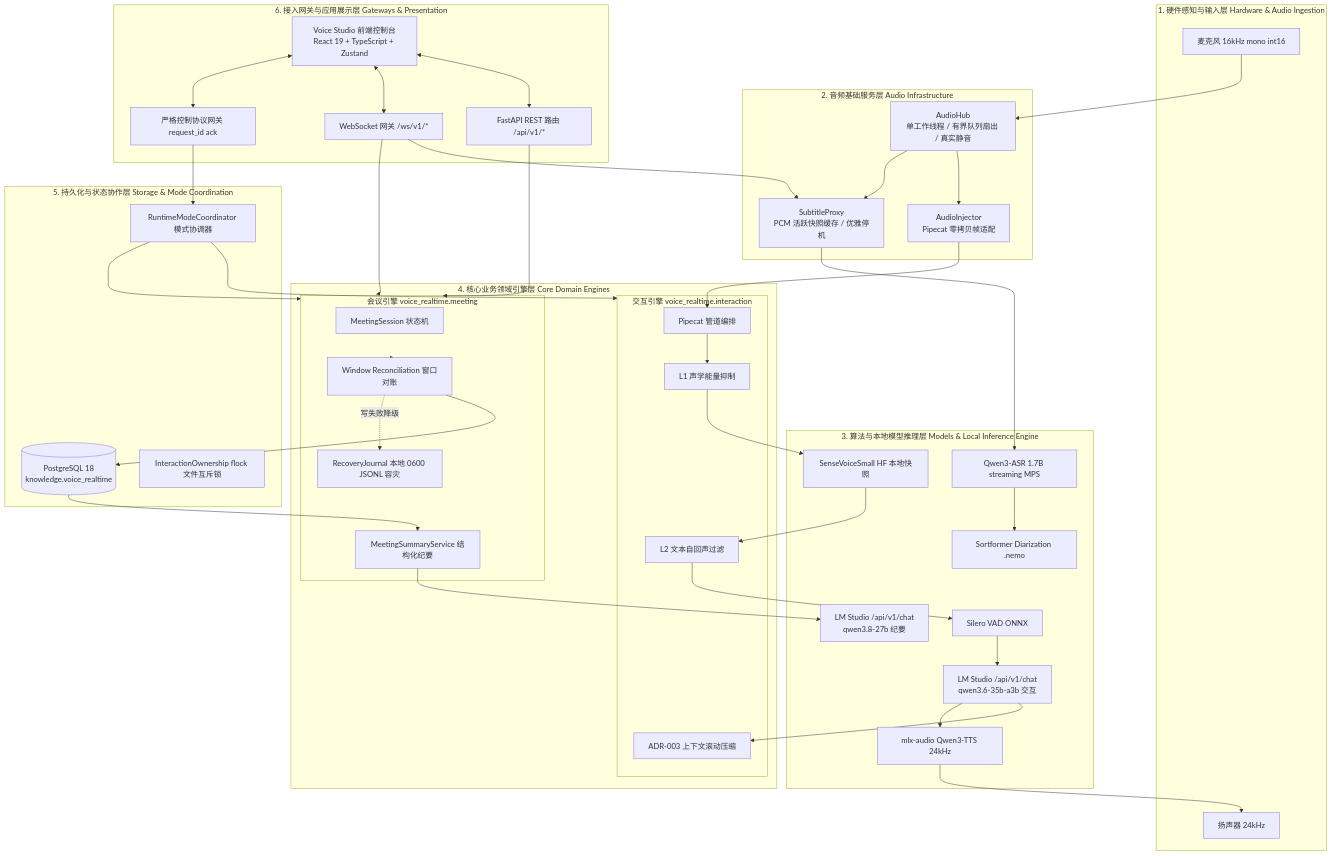
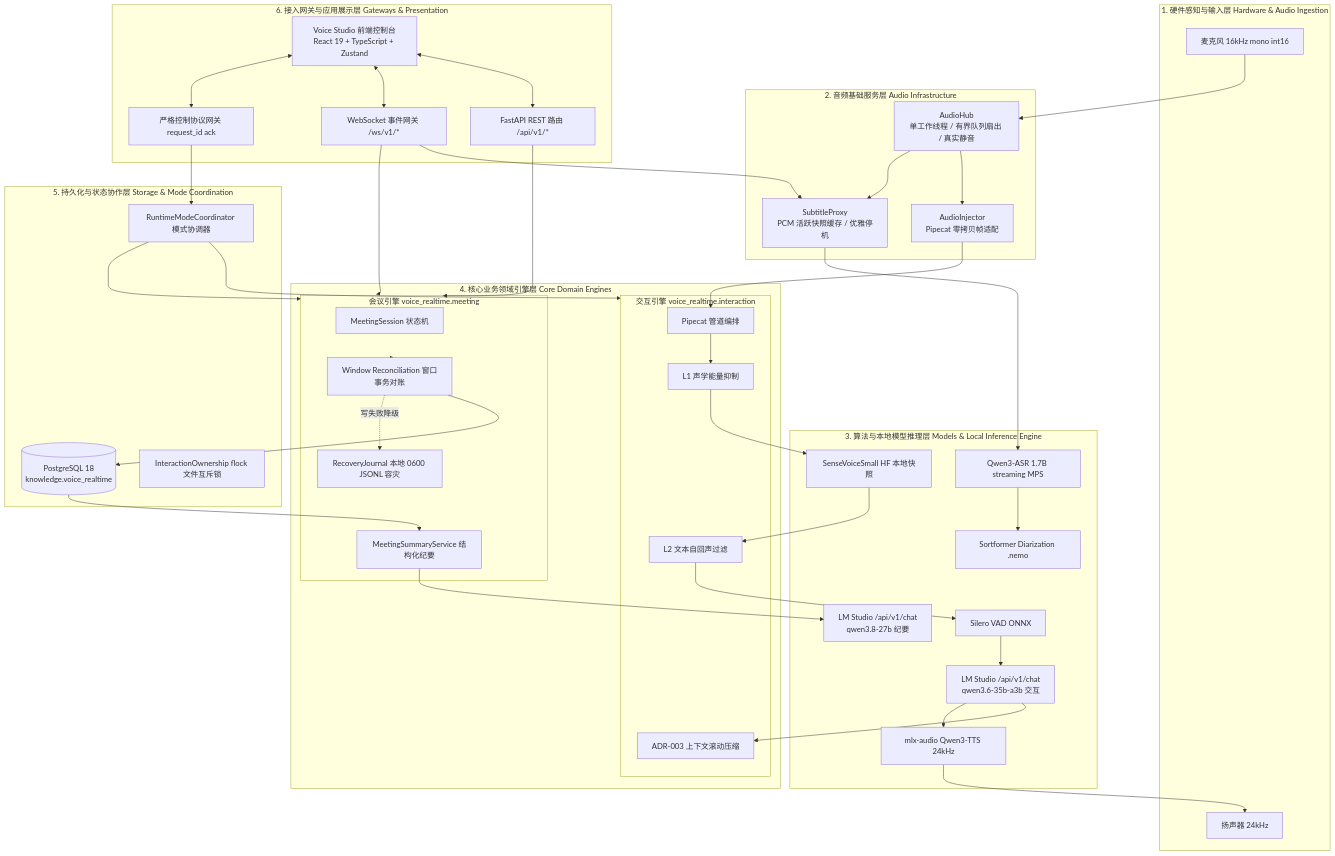
One commit to hrygo/voice-realtime changed the first of 13 diagrams in docs/系统总体架构与详细设计方案.md. Above: the diagram before and after it, drawn with Mermaid. The commit also changed other lines of this file and 8 other files, not shown here.

Commit message:
docs(architecture): 审查校对系统总体架构方案并完善会议面板交互体验

```diff
--- a/docs/系统总体架构与详细设计方案.md
+++ b/docs/系统总体架构与详细设计方案.md
@@ -99,7 +102,7 @@
         end
         subgraph MEETING_ENG[会议引擎 voice_realtime.meeting]
             MSESSION[MeetingSession 状态机]
-            RECON[Window Reconciliation 窗口对账]
+            RECON[Window Reconciliation 窗口事务对账]
             RECOVER[RecoveryJournal 本地 0600 JSONL 容灾]
             SUMM_SRV[MeetingSummaryService 结构化纪要]
         end
@@ -113,7 +116,7 @@
 
     subgraph L6[6. 接入网关与应用展示层 Gateways & Presentation]
         REST_API[FastAPI REST 路由 /api/v1/*]
-        WS_GATE[WebSocket 网关 /ws/v1/*]
+        WS_GATE[WebSocket 事件网关 /ws/v1/*]
         CTRL_GW[严格控制协议网关 request_id ack]
         UI_APP[Voice Studio 前端控制台<br/>React 19 + TypeScript + Zustand]
     end
```
